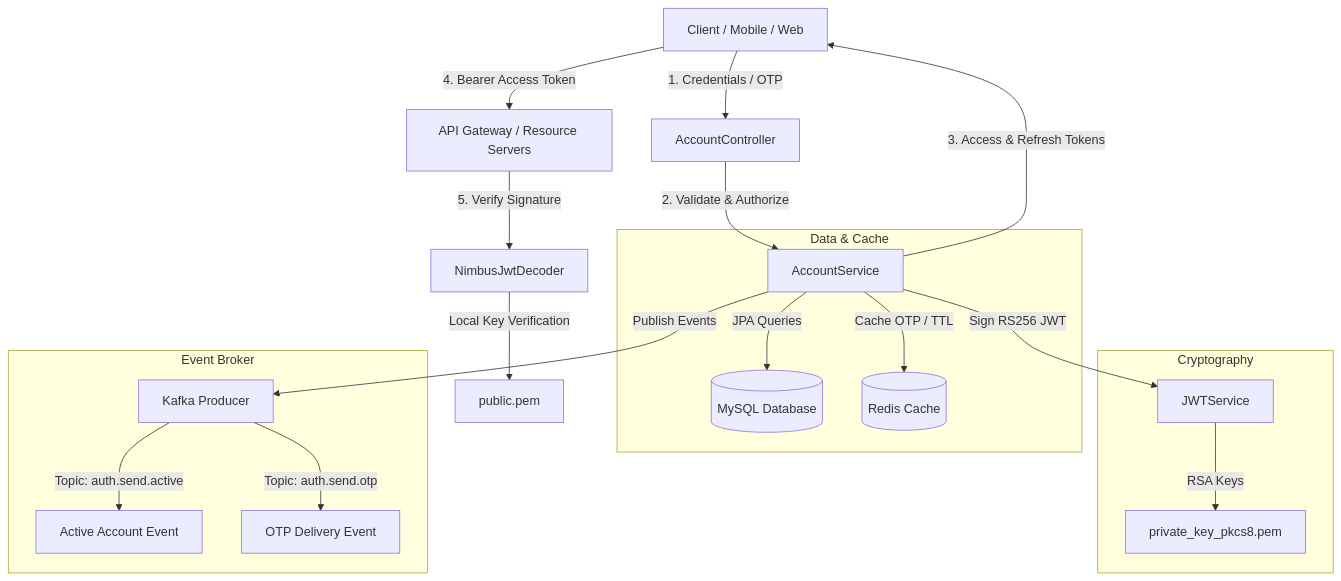
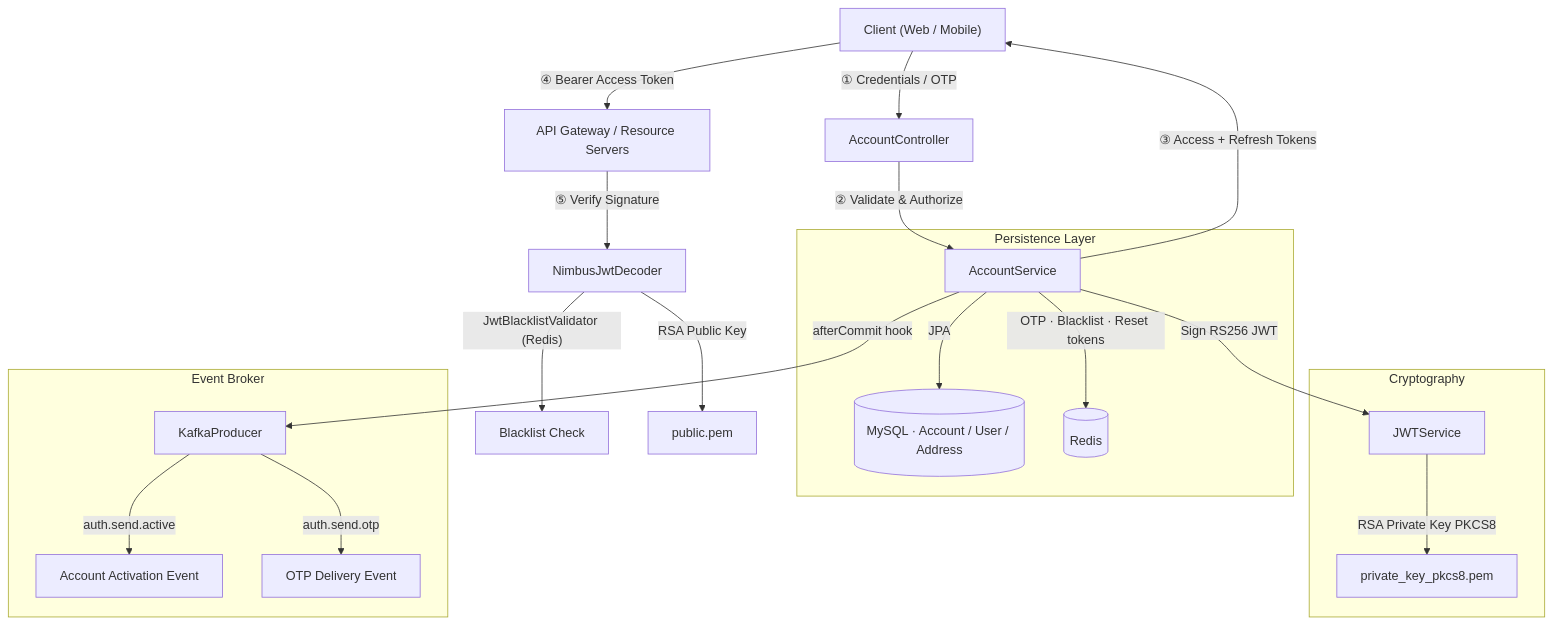
Before and after one commit to NaGit09/AuthService: the first of 2 diagrams in README.md, drawn with Mermaid. The commit also changed other lines of this file and 2 other files, not shown here.

Commit message:
fix: update account activation status to false on registration and improve JWT username extraction method

````diff
--- a/README.md
+++ b/README.md
@@ -17,27 +36,27 @@
 ```mermaid
 graph TD
-    Client[Client / Mobile / Web] -->|1. Credentials / OTP| AuthCtrl[AccountController]
-    AuthCtrl -->|2. Validate & Authorize| AuthService[AccountService]
-    
-    subgraph Data & Cache
-        AuthService -->|JPA Queries| DB[(MySQL Database)]
-        AuthService -->|Cache OTP / TTL| Cache[(Redis Cache)]
+    Client["Client (Web / Mobile)"] -->|"① Credentials / OTP"| AC[AccountController]
+    AC -->|"② Validate & Authorize"| AS[AccountService]
+
+    subgraph "Persistence Layer"
+        AS -->|JPA| DB[(MySQL · Account / User / Address)]
+        AS -->|"OTP · Blacklist · Reset tokens"| Cache[(Redis)]
     end
 
-    subgraph Cryptography
-        AuthService -->|Sign RS256 JWT| JWT[JWTService]
-        JWT -->|RSA Keys| Keys[private_key_pkcs8.pem]
+    subgraph "Cryptography"
+        AS -->|"Sign RS256 JWT"| JWT[JWTService]
+        JWT -->|RSA Private Key PKCS8| PK[private_key_pkcs8.pem]
     end
 
-    subgraph Event Broker
-        AuthService -->|Publish Events| Kafka[Kafka Producer]
-        Kafka -->|Topic: auth.send.active| Topics[Active Account Event]
-        Kafka -->|Topic: auth.send.otp| Topics2[OTP Delivery Event]
+    subgraph "Event Broker"
+        AS -->|"afterCommit hook"| KP[KafkaProducer]
+        KP -->|"auth.send.active"| T1["Account Activation Event"]
+        KP -->|"auth.send.otp"| T2["OTP Delivery Event"]
     end
 
-    AuthService -->|3. Access & Refresh Tokens| Client
-    
-    Client -->|4. Bearer Access Token| Gateway[API Gateway / Resource Servers]
-    Gateway -->|5. Verify Signature| Decrypter[NimbusJwtDecoder]
-    Decrypter -->|Local Key Verification| PublicKey[public.pem]
+    AS -->|"③ Access + Refresh Tokens"| Client
+    Client -->|"④ Bearer Access Token"| GW["API Gateway / Resource Servers"]
+    GW -->|"⑤ Verify Signature"| ND[NimbusJwtDecoder]
+    ND -->|"JwtBlacklistValidator (Redis)"| BL[Blacklist Check]
+    ND -->|"RSA Public Key"| PUB[public.pem]
 ```
````
